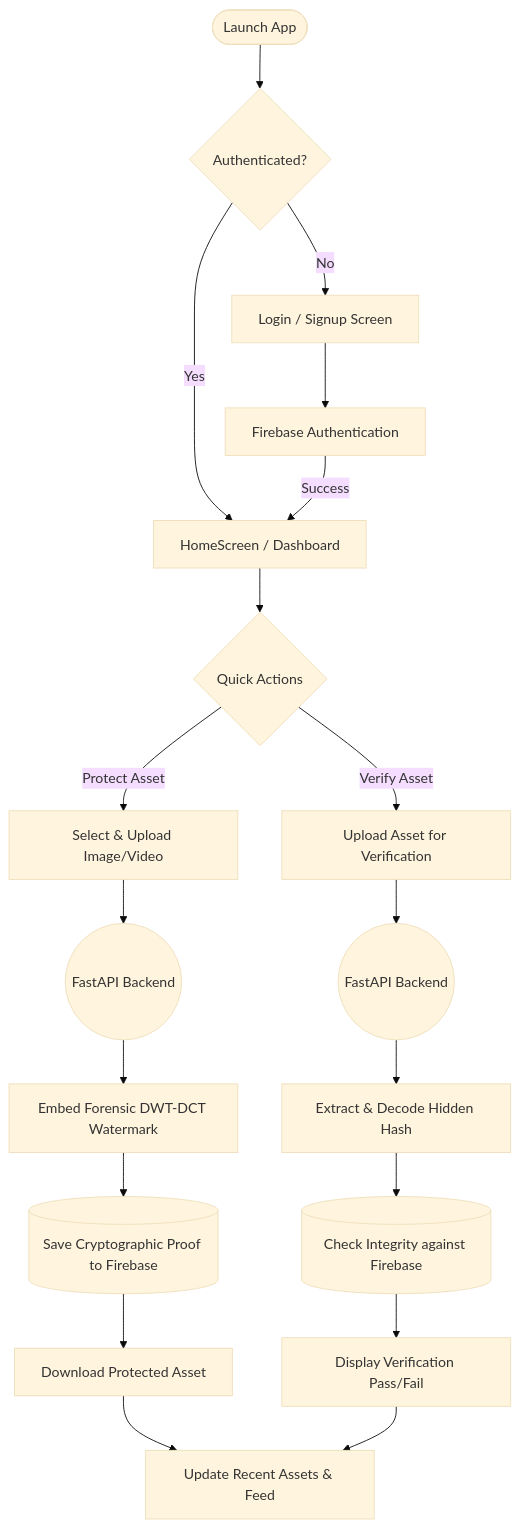
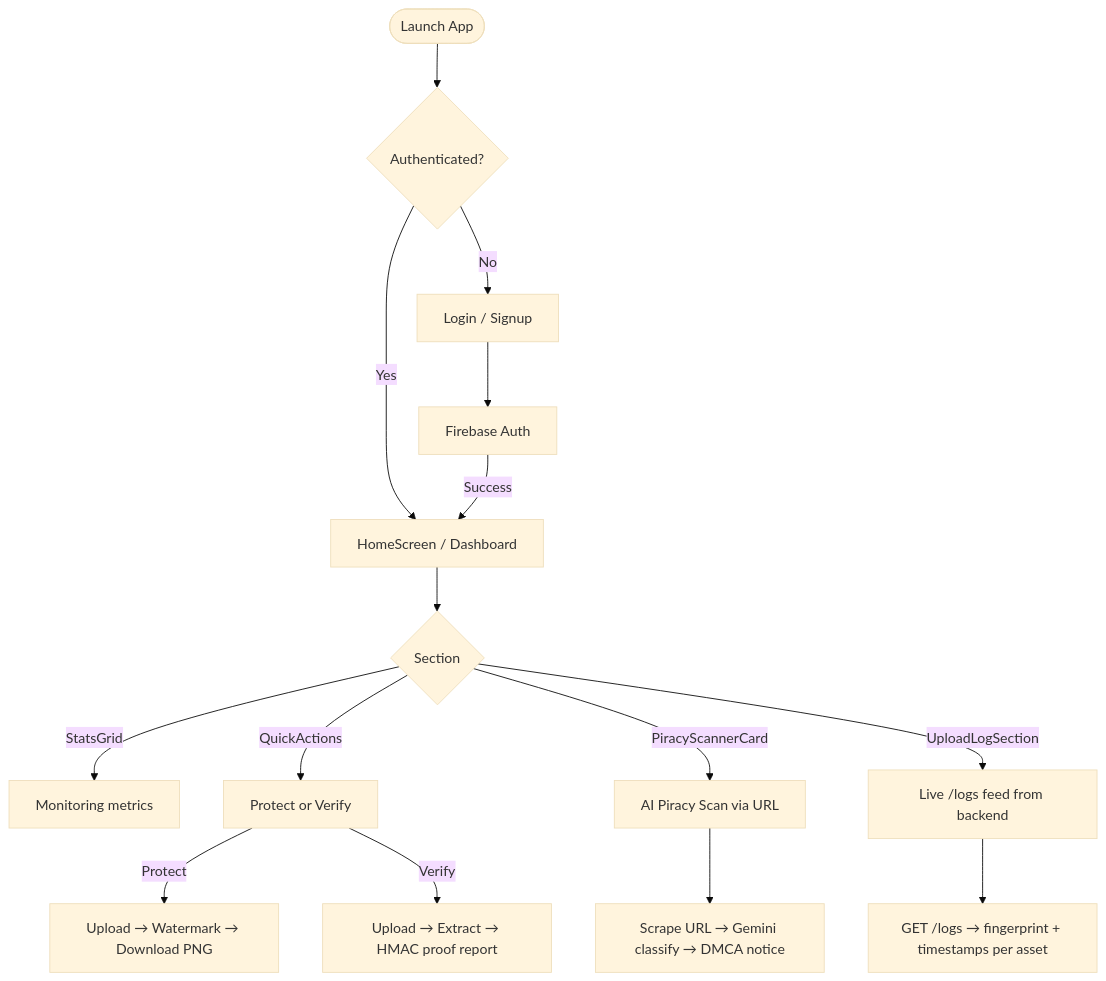
The diagram in DEVELOPMENT_GUIDE.md (YONKO-SID/indelible), drawn with Mermaid (base theme) before and after one commit. The commit also changed other lines of this file and 53 other files, not shown here.

First line of the commit message:
feat: complete watermark pipeline, live logs, piracy scanner UI, creator fingerprint system

````diff
--- a/DEVELOPMENT_GUIDE.md
+++ b/DEVELOPMENT_GUIDE.md
@@ -115,25 +137,20 @@
 ```mermaid
 graph TD
     A([Launch App]) --> B{Authenticated?}
-    B -- Yes ----> E[HomeScreen / Dashboard]
-    B -- No --> C[Login / Signup Screen]
-    C --> D[Firebase Authentication]
+    B -- Yes --> E[HomeScreen / Dashboard]
+    B -- No --> C[Login / Signup]
+    C --> D[Firebase Auth]
     D -- Success --> E
-    
-    E --> F{Quick Actions}
-    
-    F -- Protect Asset --> G[Select & Upload Image/Video]
-    G --> H((FastAPI Backend))
-    H --> I[Embed Forensic DWT-DCT Watermark]
-    I --> J[(Save Cryptographic Proof to Firebase)]
-    J --> K[Download Protected Asset]
-    
-    F -- Verify Asset --> L[Upload Asset for Verification]
-    L --> M((FastAPI Backend))
-    M --> N[Extract & Decode Hidden Hash]
-    N --> O[(Check Integrity against Firebase)]
-    O --> P[Display Verification Pass/Fail]
-    
-    K --> Q[Update Recent Assets & Feed]
-    P --> Q
+
+    E --> F{Section}
+    F -- StatsGrid --> G[Monitoring metrics]
+    F -- QuickActions --> H[Protect or Verify]
+    F -- PiracyScannerCard --> I[AI Piracy Scan via URL]
+    F -- UploadLogSection --> J[Live /logs feed from backend]
+
+    H -- Protect --> K[Upload → Watermark → Download PNG]
+    H -- Verify --> L[Upload → Extract → HMAC proof report]
+
+    I --> M[Scrape URL → Gemini classify → DMCA notice]
+    J --> N[GET /logs → fingerprint + timestamps per asset]
 ```
````
